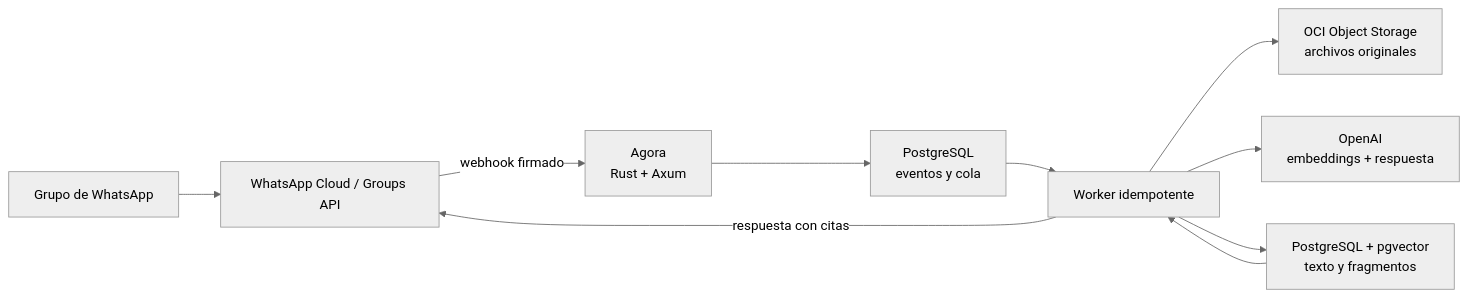
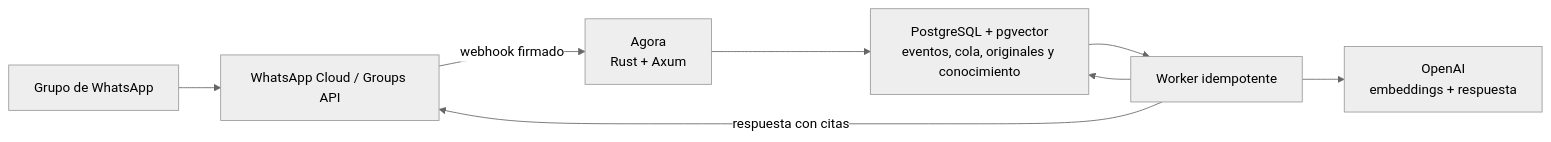
One commit to andrescastiglia/agora changed the diagram in README.md. Above: the diagram before and after it, drawn with Mermaid (neutral theme). The commit also changed other lines of this file and 21 other files, not shown here.

Commit message:
Store originals in PostgreSQL and resolve updates

````diff
--- a/README.md
+++ b/README.md
@@ -13,12 +13,10 @@
 ```mermaid
 flowchart LR
     group["Grupo de WhatsApp"] --> meta["WhatsApp Cloud / Groups API"]
     meta -->|webhook firmado| api["Agora<br/>Rust + Axum"]
-    api --> events["PostgreSQL<br/>eventos y cola"]
+    api --> events["PostgreSQL + pgvector<br/>eventos, cola, originales y conocimiento"]
     events --> worker["Worker idempotente"]
-    worker --> objects["OCI Object Storage<br/>archivos originales"]
     worker --> openai["OpenAI<br/>embeddings + respuesta"]
-    worker --> knowledge["PostgreSQL + pgvector<br/>texto y fragmentos"]
-    knowledge --> worker
+    worker --> events
     worker -->|respuesta con citas| meta
 ```
````
